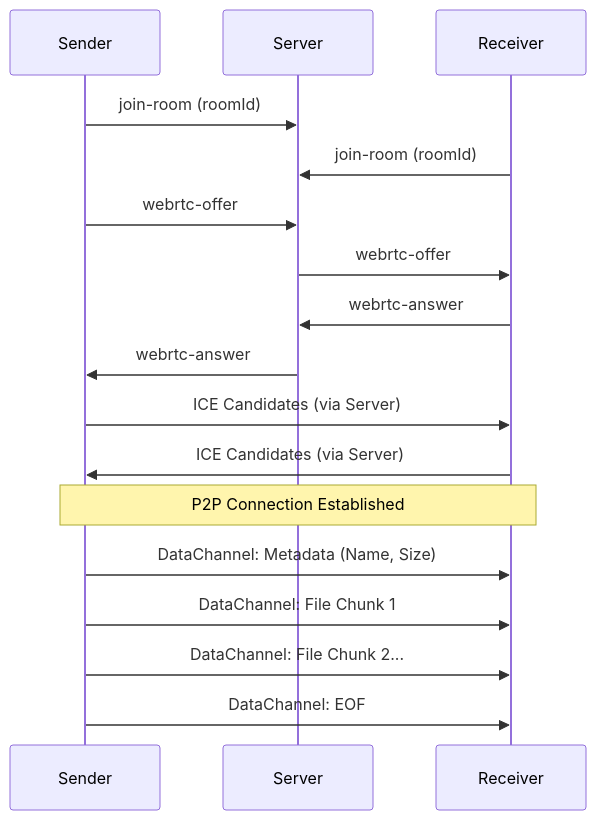
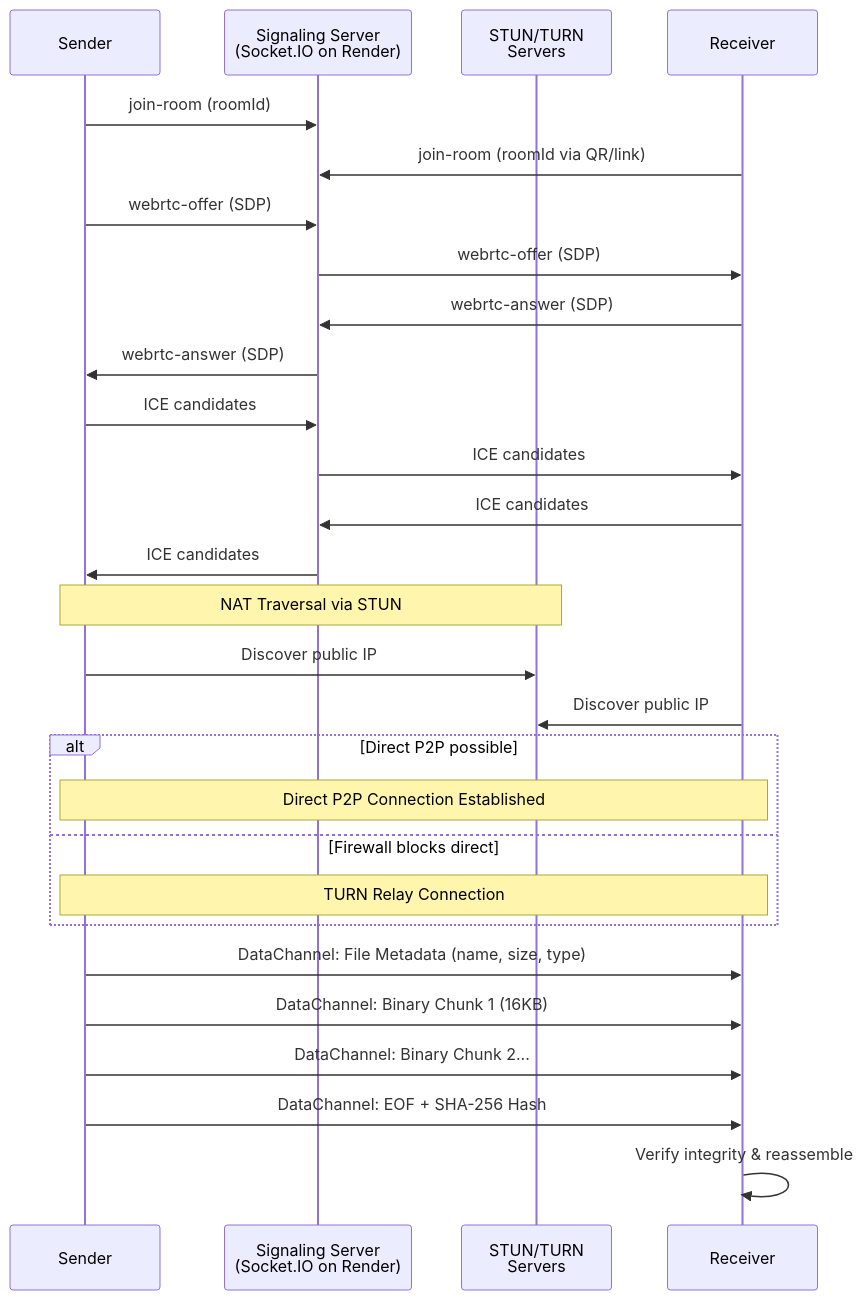
The first of 3 diagrams in docs/ARCHITECTURE.md (shubhampardule/transmitflow), drawn with Mermaid before and after one commit. The commit also changed other lines of this file and 10 other files, not shown here.

First line of the commit message:
feat: rewrite README, update ARCHITECTURE, fix favicon, add circular theme animation

````diff
--- a/docs/ARCHITECTURE.md
+++ b/docs/ARCHITECTURE.md
@@ -9,25 +9,37 @@
 ```mermaid
 sequenceDiagram
     participant Sender
-    participant Server
+    participant Signaling as Signaling Server<br/>(Socket.IO on Render)
+    participant STUN as STUN/TURN<br/>Servers
     participant Receiver
-    
-    Sender->>Server: join-room (roomId)
-    Receiver->>Server: join-room (roomId)
-    
-    Sender->>Server: webrtc-offer
-    Server->>Receiver: webrtc-offer
-    
-    Receiver->>Server: webrtc-answer
-    Server->>Sender: webrtc-answer
-    
-    Sender->>Receiver: ICE Candidates (via Server)
-    Receiver->>Sender: ICE Candidates (via Server)
-    
-    Note over Sender,Receiver: P2P Connection Established
-    
-    Sender->>Receiver: DataChannel: Metadata (Name, Size)
-    Sender->>Receiver: DataChannel: File Chunk 1
-    Sender->>Receiver: DataChannel: File Chunk 2...
-    Sender->>Receiver: DataChannel: EOF
+
+    Sender->>Signaling: join-room (roomId)
+    Receiver->>Signaling: join-room (roomId via QR/link)
+
+    Sender->>Signaling: webrtc-offer (SDP)
+    Signaling->>Receiver: webrtc-offer (SDP)
+
+    Receiver->>Signaling: webrtc-answer (SDP)
+    Signaling->>Sender: webrtc-answer (SDP)
+
+    Sender->>Signaling: ICE candidates
+    Signaling->>Receiver: ICE candidates
+    Receiver->>Signaling: ICE candidates
+    Signaling->>Sender: ICE candidates
+
+    Note over Sender,STUN: NAT Traversal via STUN
+    Sender->>STUN: Discover public IP
+    Receiver->>STUN: Discover public IP
+
+    alt Direct P2P possible
+        Note over Sender,Receiver: Direct P2P Connection Established
+    else Firewall blocks direct
+        Note over Sender,Receiver: TURN Relay Connection
+    end
+
+    Sender->>Receiver: DataChannel: File Metadata (name, size, type)
+    Sender->>Receiver: DataChannel: Binary Chunk 1 (16KB)
+    Sender->>Receiver: DataChannel: Binary Chunk 2...
+    Sender->>Receiver: DataChannel: EOF + SHA-256 Hash
+    Receiver->>Receiver: Verify integrity & reassemble
 ```
````
